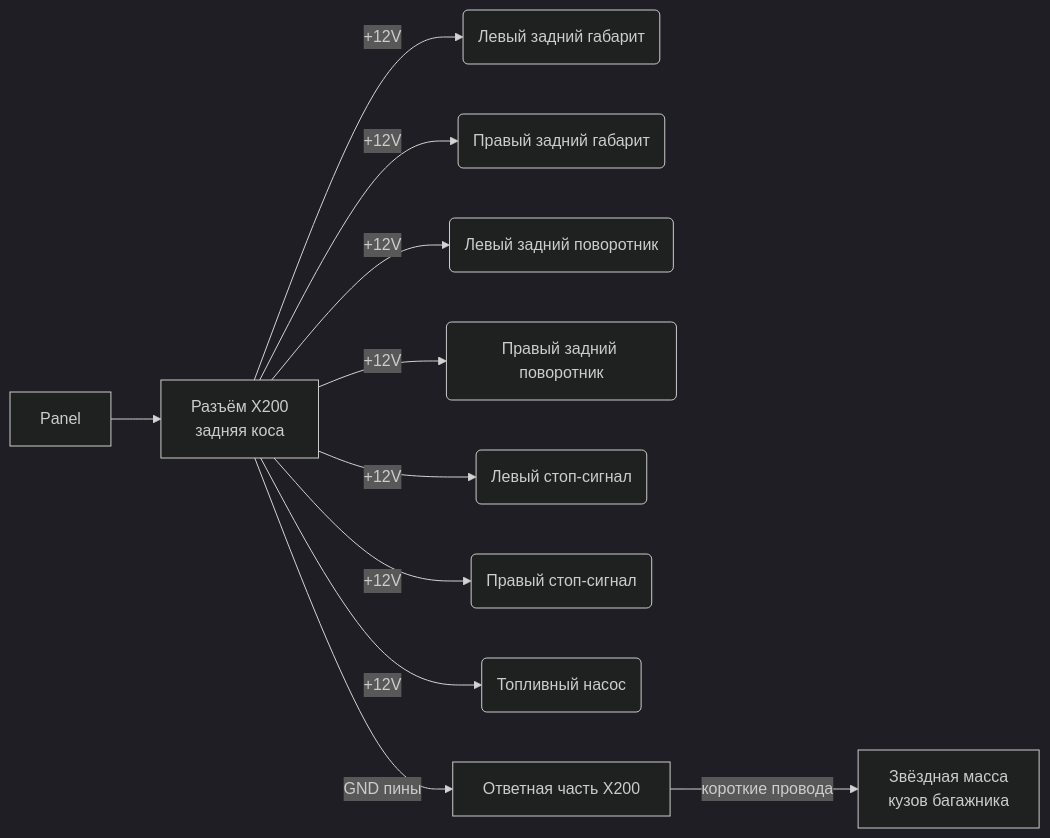
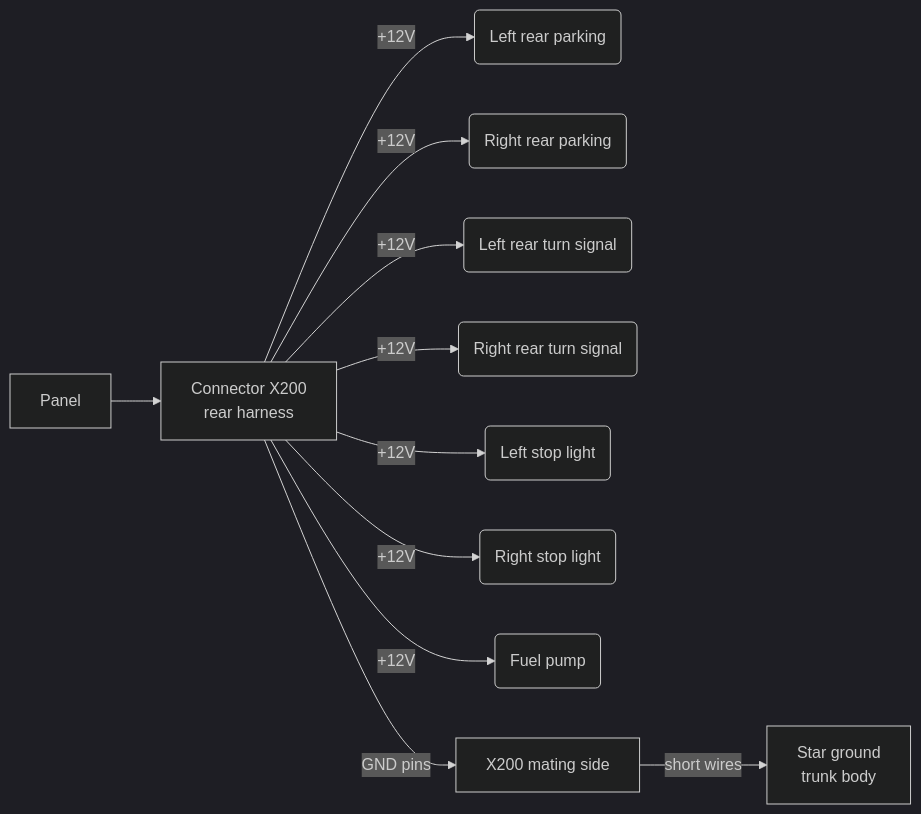
One commit to F1int0m/laurel-c34-phoenix changed the diagram in architecture/02-rear-harness.md. Above: the diagram before and after it, drawn with Mermaid (dark theme). The commit also changed other lines of this file and 15 other files, not shown here.

````diff
--- a/architecture/02-rear-harness.md
+++ b/architecture/02-rear-harness.md
@@ -9,14 +9,14 @@
 ```mermaid
 flowchart LR
-    Panel --> RearHarness[Разъём X200\nзадняя коса]
-    RearHarness -->|+12V| LeftTail(Левый задний габарит)
-    RearHarness -->|+12V| RightTail(Правый задний габарит)
-    RearHarness -->|+12V| LeftTurn(Левый задний поворотник)
-    RearHarness -->|+12V| RightTurn(Правый задний поворотник)
-    RearHarness -->|+12V| LeftStop(Левый стоп-сигнал)
-    RearHarness -->|+12V| RightStop(Правый стоп-сигнал)
-    RearHarness -->|+12V| FuelPump(Топливный насос)
+    Panel --> RearHarness[Connector X200\nrear harness]
+    RearHarness -->|+12V| LeftTail(Left rear parking)
+    RearHarness -->|+12V| RightTail(Right rear parking)
+    RearHarness -->|+12V| LeftTurn(Left rear turn signal)
+    RearHarness -->|+12V| RightTurn(Right rear turn signal)
+    RearHarness -->|+12V| LeftStop(Left stop light)
+    RearHarness -->|+12V| RightStop(Right stop light)
+    RearHarness -->|+12V| FuelPump(Fuel pump)
 
-    RearHarness -->|GND пины| X200Mating[Ответная часть X200]
-    X200Mating -->|короткие провода| StarGround[Звёздная масса\nкузов багажника]
+    RearHarness -->|GND pins| X200Mating[X200 mating side]
+    X200Mating -->|short wires| StarGround[Star ground\ntrunk body]
 ```
````
